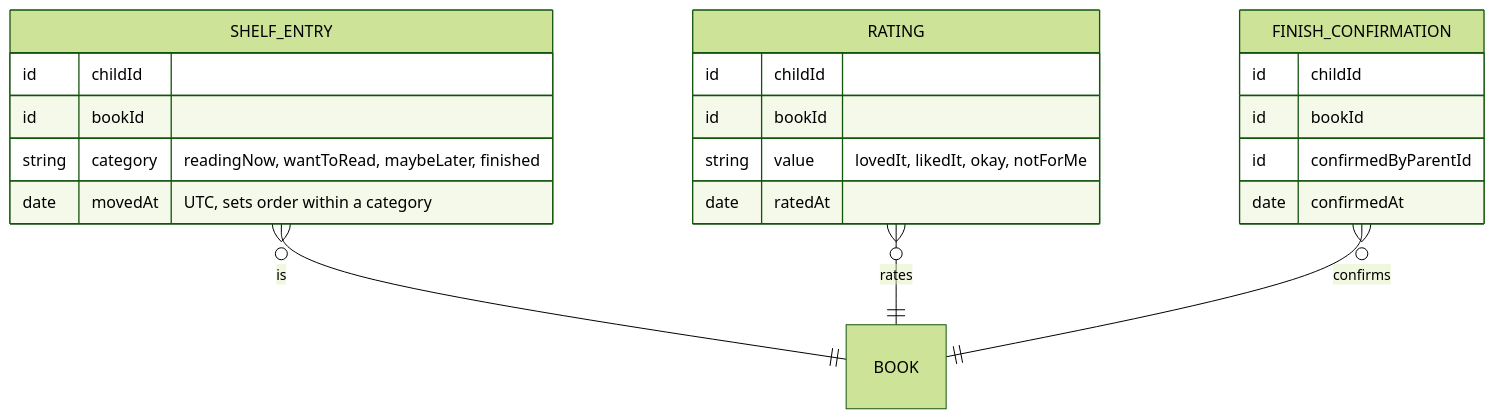
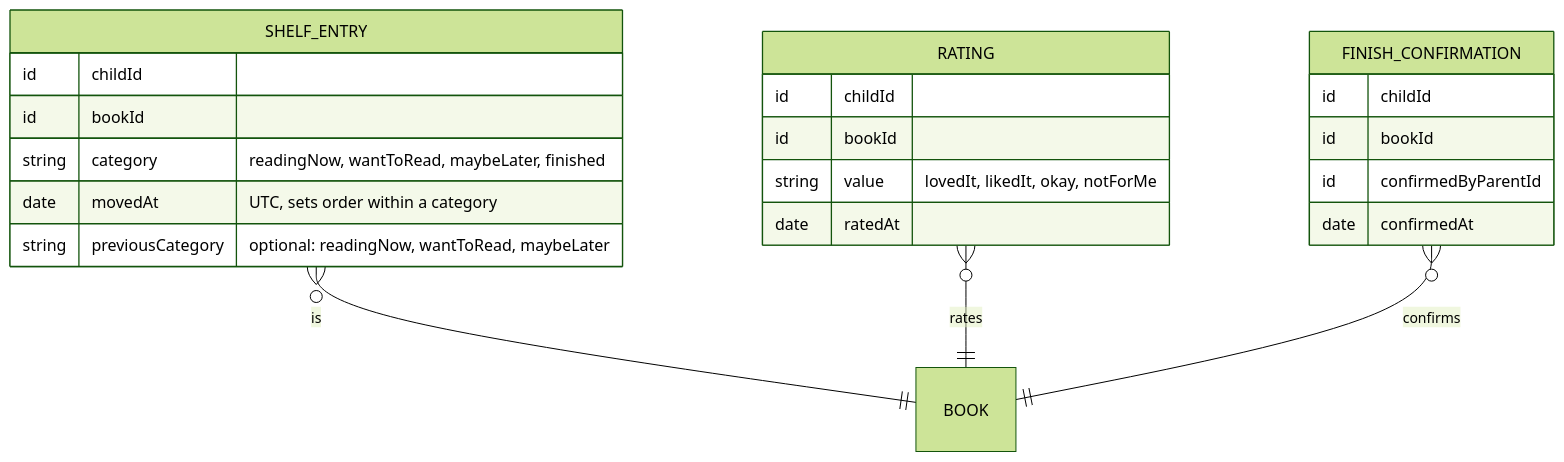
The tenth of 11 diagrams in design/shlf.md (videogames21/book_buddies), drawn with Mermaid (forest theme) before and after one commit. The commit also changed other lines of this file, not shown here.

Commit message:
docs: design child move-book flow

````diff
--- a/design/shlf.md
+++ b/design/shlf.md
@@ -681,24 +967,25 @@
 ```mermaid
 erDiagram
     SHELF_ENTRY }o--|| BOOK : "is"
     RATING }o--|| BOOK : "rates"
     FINISH_CONFIRMATION }o--|| BOOK : "confirms"
     SHELF_ENTRY {
         id childId
         id bookId
         string category "readingNow, wantToRead, maybeLater, finished"
         date movedAt "UTC, sets order within a category"
+        string previousCategory "optional: readingNow, wantToRead, maybeLater"
     }
     RATING {
         id childId
         id bookId
         string value "lovedIt, likedIt, okay, notForMe"
         date ratedAt
     }
     FINISH_CONFIRMATION {
         id childId
         id bookId
         id confirmedByParentId
         date confirmedAt
     }
 ```
````
